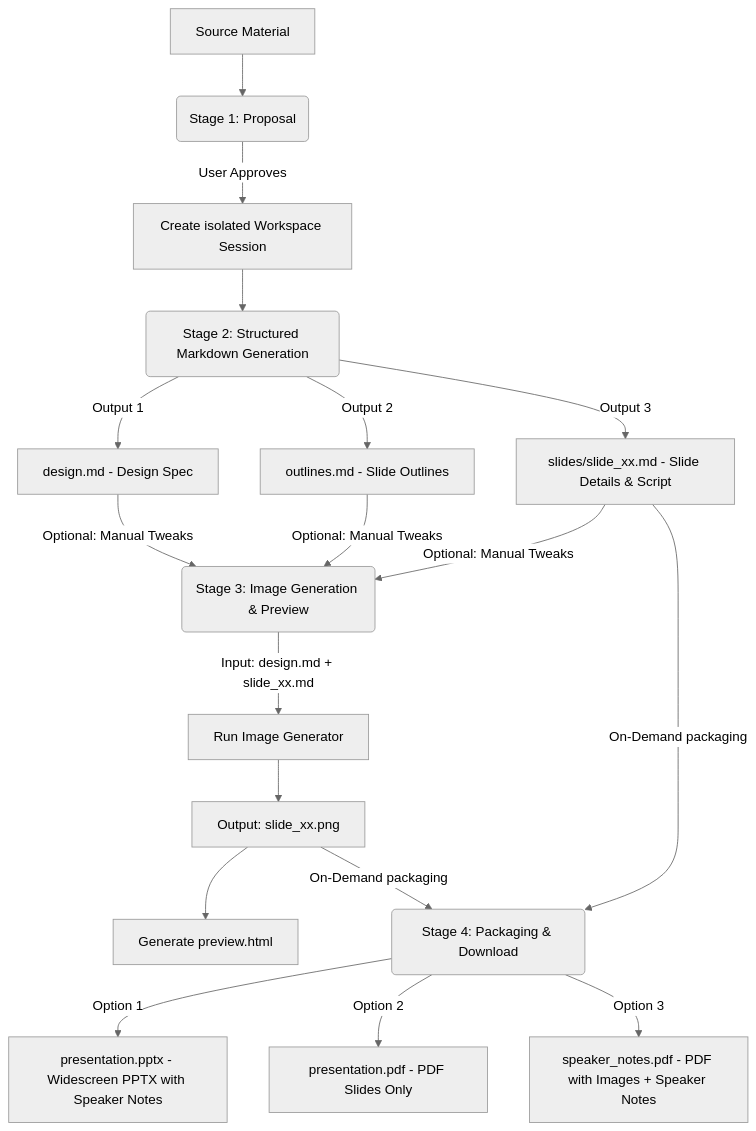
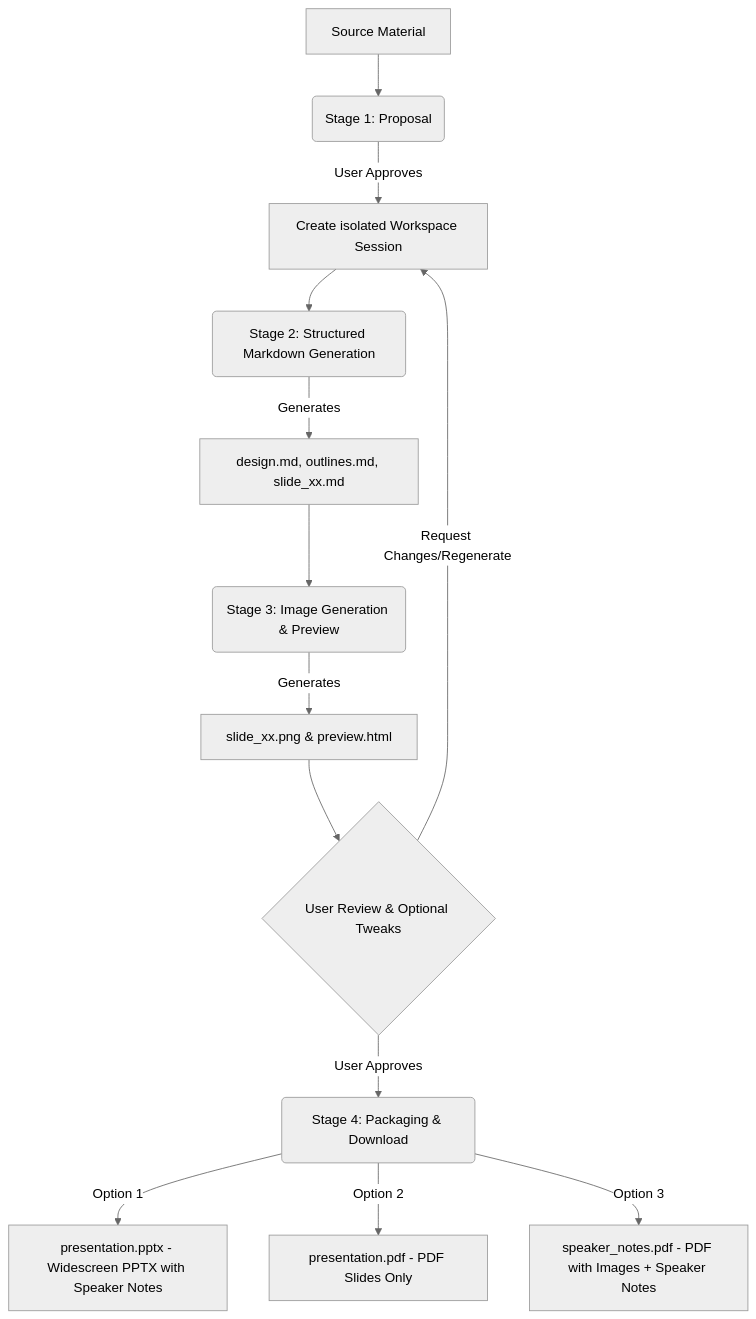
The diagram in README.md (sylphlin/slide-gen-agent), drawn with Mermaid (neutral theme) before and after one commit. The commit also changed other lines of this file, not shown here.

Commit message:
docs: align README pipeline flow with actual implementation pauses

````diff
--- a/README.md
+++ b/README.md
@@ -15,17 +15,15 @@
 ```mermaid
 graph TD
     A[Source Material] --> B(Stage 1: Proposal)
     B -->|User Approves| C[Create isolated Workspace Session]
     C --> D(Stage 2: Structured Markdown Generation)
-    D -->|Output 1| E[design.md - Design Spec]
-    D -->|Output 2| F[outlines.md - Slide Outlines]
-    D -->|Output 3| G[slides/slide_xx.md - Slide Details & Script]
-    E & F & G -->|Optional: Manual Tweaks| I(Stage 3: Image Generation & Preview)
-    I -->|Input: design.md + slide_xx.md| J[Run Image Generator]
-    J --> K[Output: slide_xx.png]
-    K --> L[Generate preview.html]
-    K & G -->|On-Demand packaging| M(Stage 4: Packaging & Download)
-    M -->|Option 1| N[presentation.pptx - Widescreen PPTX with Speaker Notes]
-    M -->|Option 2| O[presentation.pdf - PDF Slides Only]
-    M -->|Option 3| P[speaker_notes.pdf - PDF with Images + Speaker Notes]
+    D -->|Generates| E[design.md, outlines.md, slide_xx.md]
+    E --> F(Stage 3: Image Generation & Preview)
+    F -->|Generates| G[slide_xx.png & preview.html]
+    G --> H{User Review & Optional Tweaks}
+    H -->|Request Changes/Regenerate| C
+    H -->|User Approves| I(Stage 4: Packaging & Download)
+    I -->|Option 1| J[presentation.pptx - Widescreen PPTX with Speaker Notes]
+    I -->|Option 2| K[presentation.pdf - PDF Slides Only]
+    I -->|Option 3| L[speaker_notes.pdf - PDF with Images + Speaker Notes]
 ```
````
